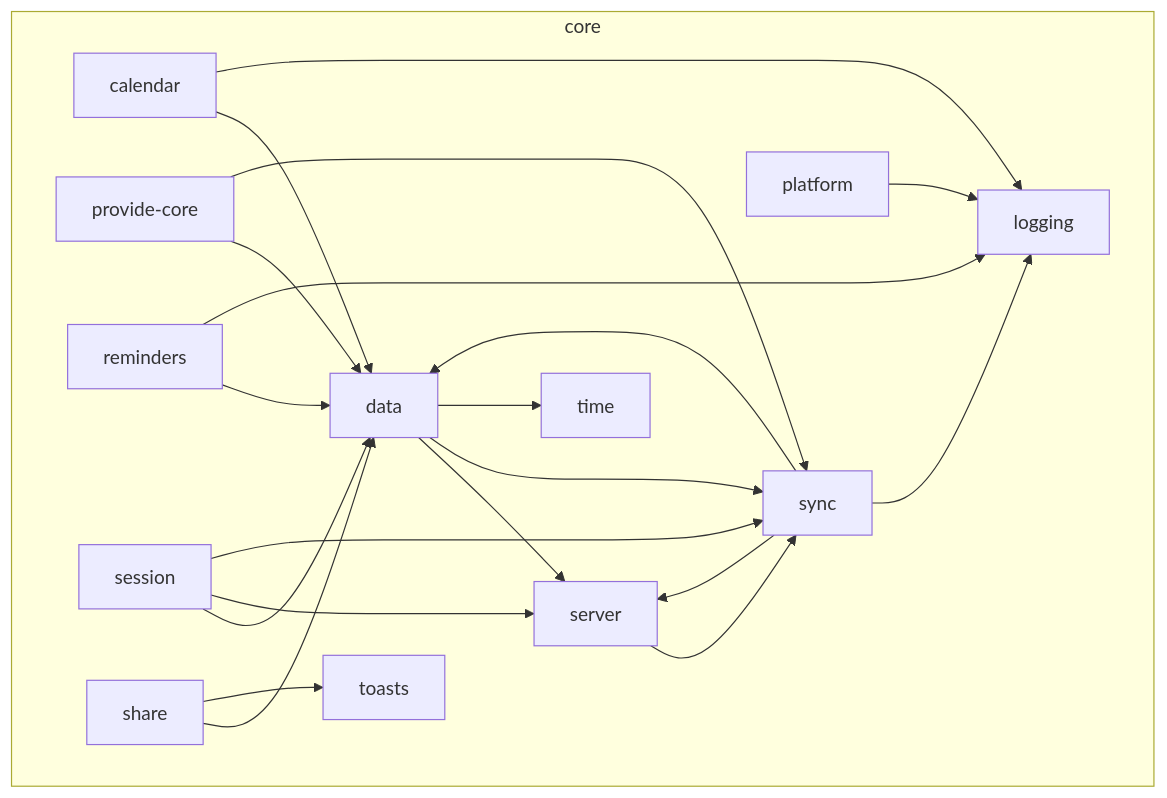
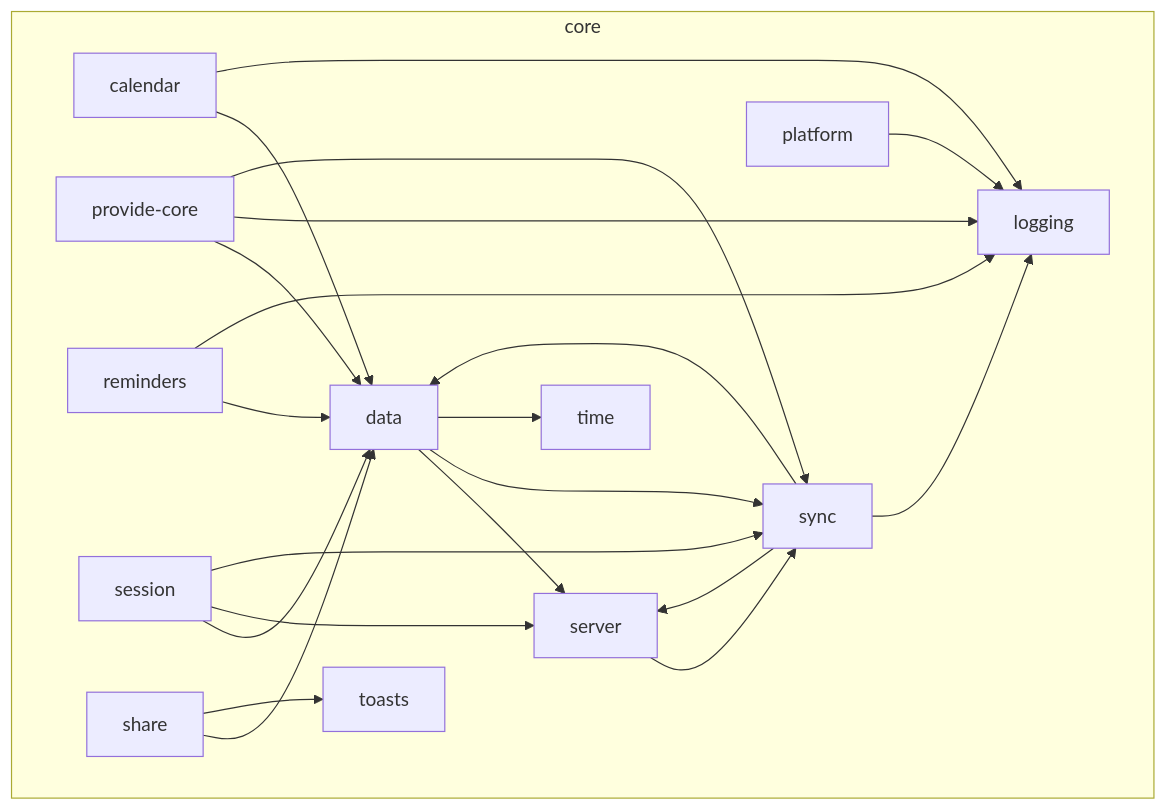
One commit to valde222/life_app changed the diagram in docs/diagrams/03d-inside-core.md. Above: the diagram before and after it, drawn with Mermaid. The commit also changed 15 other files, not shown here.

````diff
--- a/docs/diagrams/03d-inside-core.md
+++ b/docs/diagrams/03d-inside-core.md
@@ -5,36 +5,37 @@
 ```mermaid
 flowchart TD
   subgraph core["core"]
     core_calendar["calendar"]
     core_data["data"]
     core_logging["logging"]
     core_platform["platform"]
     core_provide_core["provide-core"]
     core_reminders["reminders"]
     core_server["server"]
     core_session["session"]
     core_share["share"]
     core_sync["sync"]
     core_time["time"]
     core_toasts["toasts"]
   end
   core_calendar --> core_data
   core_calendar --> core_logging
   core_data --> core_server
   core_data --> core_sync
   core_data --> core_time
   core_platform --> core_logging
   core_provide_core --> core_data
+  core_provide_core --> core_logging
   core_provide_core --> core_sync
   core_reminders --> core_data
   core_reminders --> core_logging
   core_server --> core_sync
   core_session --> core_data
   core_session --> core_server
   core_session --> core_sync
   core_share --> core_data
   core_share --> core_toasts
   core_sync --> core_data
   core_sync --> core_logging
   core_sync --> core_server
 ```
````
